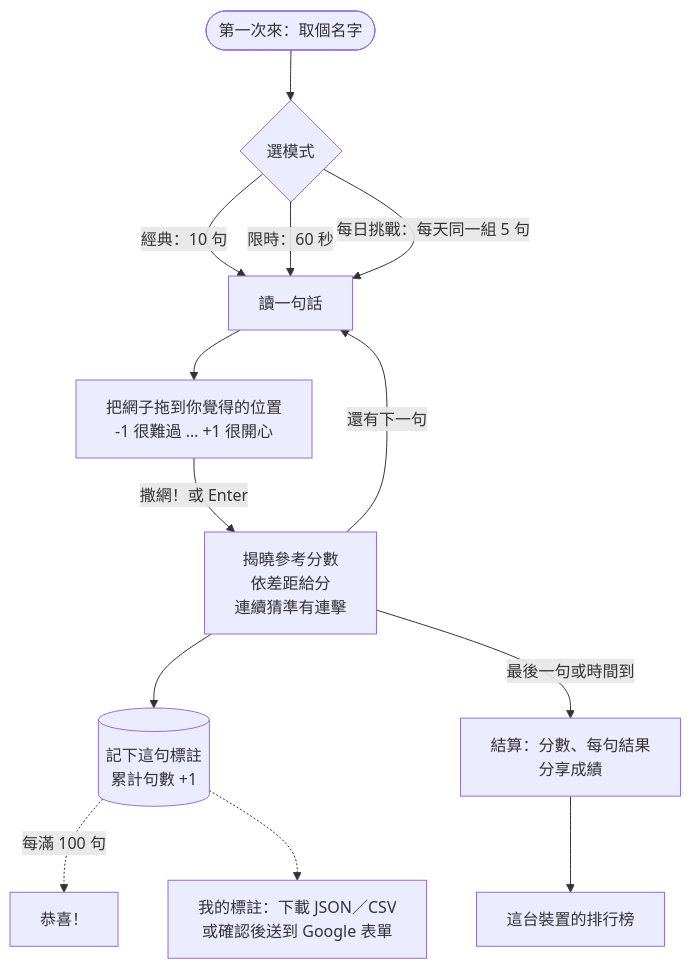
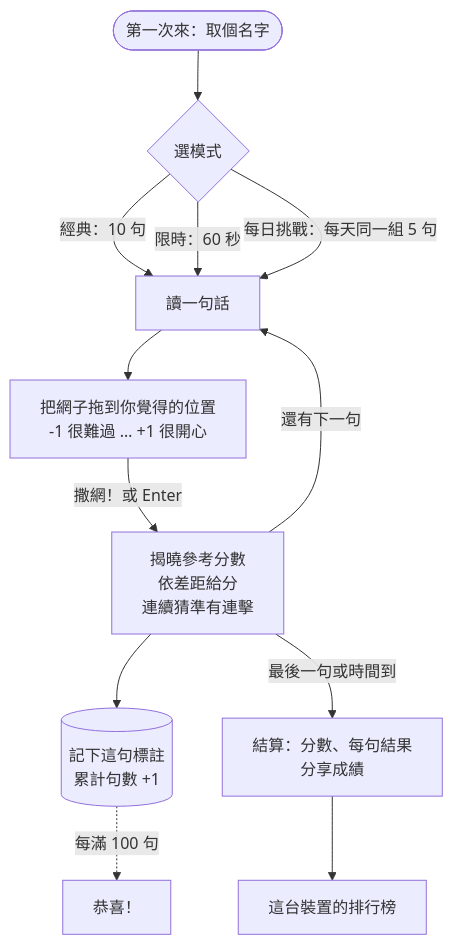
Before and after one commit to NatLee/word-net-game: the diagram in README.md, drawn with Mermaid. The commit also changed other lines of this file and 10 other files, not shown here.

````diff
--- a/README.md
+++ b/README.md
@@ -89,15 +89,14 @@
 ```mermaid
 flowchart TD
   start([第一次來：取個名字]) --> pick{選模式}
   pick -->|經典：10 句| read
   pick -->|限時：60 秒| read
   pick -->|每日挑戰：每天同一組 5 句| read
   read[讀一句話] --> cast[把網子拖到你覺得的位置<br/>-1 很難過 … +1 很開心]
   cast -->|撒網！或 Enter| reveal[揭曉參考分數<br/>依差距給分<br/>連續猜準有連擊]
   reveal --> record[(記下這句標註<br/>累計句數 +1)]
   record -.->|每滿 100 句| party[恭喜！]
   reveal -->|還有下一句| read
   reveal -->|最後一句或時間到| summary[結算：分數、每句結果<br/>分享成績]
   summary --> board[這台裝置的排行榜]
-  record -.-> mine[我的標註：下載 JSON／CSV<br/>或確認後送到 Google 表單]
 ```
````
